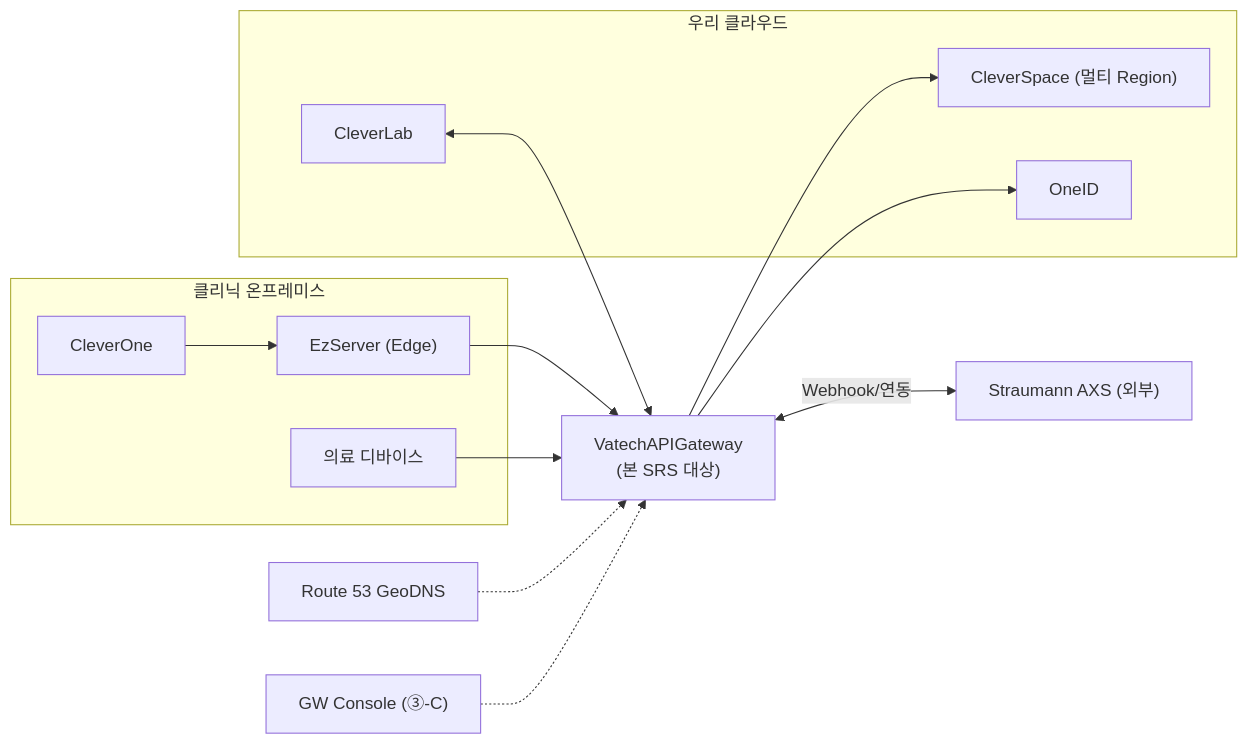
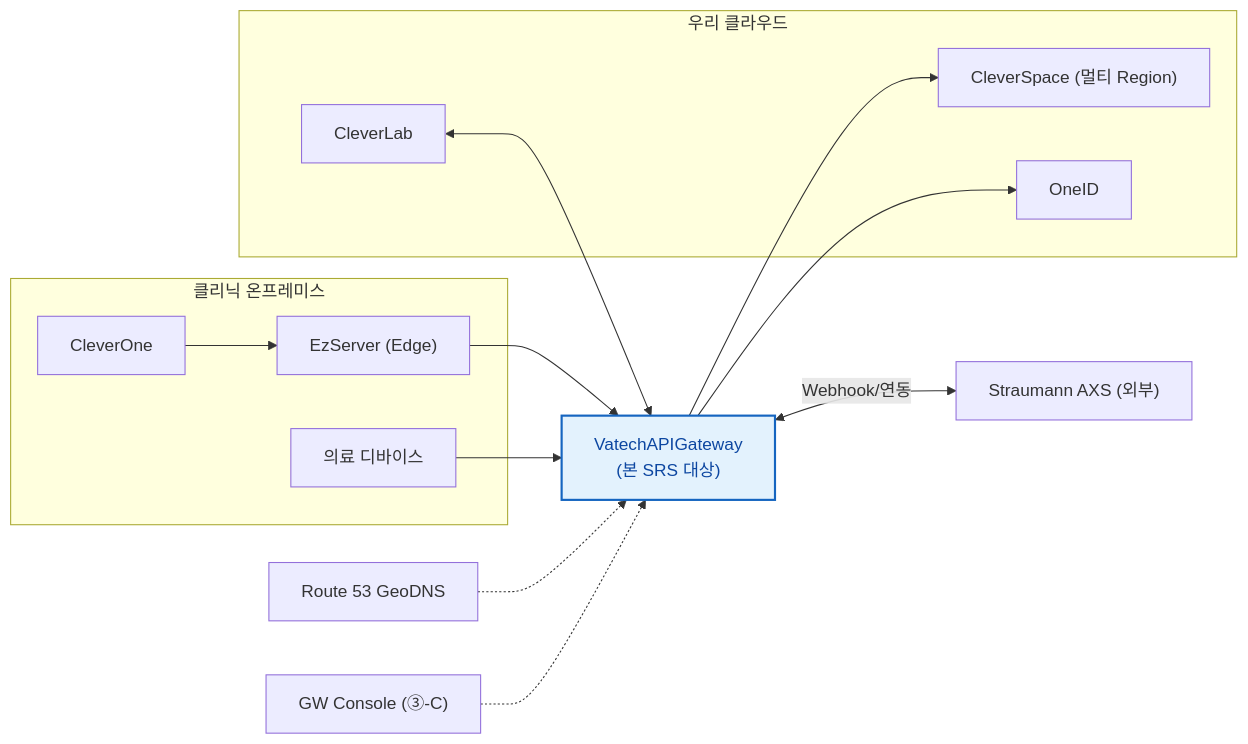
The first of 2 diagrams in docs/08.VT_API_Gateway/specs/03-srs-gateway/SRS.md (gracegyu/scp-architecture), drawn with Mermaid before and after one commit. The commit also changed other lines of this file and 3 other files, not shown here.

````diff
--- a/docs/08.VT_API_Gateway/specs/03-srs-gateway/SRS.md
+++ b/docs/08.VT_API_Gateway/specs/03-srs-gateway/SRS.md
@@ -128,26 +128,29 @@
 ```mermaid
 flowchart LR
     subgraph CLINIC["클리닉 온프레미스"]
         CO["CleverOne"]
         EZ["EzServer (Edge)"]
         DEV["의료 디바이스"]
     end
     GW["VatechAPIGateway<br/>(본 SRS 대상)"]
     subgraph CLOUD["우리 클라우드"]
         CS["CleverSpace (멀티 Region)"]
         CLAB["CleverLab"]
         OID["OneID"]
     end
     AXS["Straumann AXS (외부)"]
     R53["Route 53 GeoDNS"]
     CONSOLE["GW Console (③-C)"]
 
     CO --> EZ --> GW
     DEV --> GW
     GW --> CS
     GW --> OID
     GW <-->|Webhook/연동| AXS
     CLAB <--> GW
     R53 -.-> GW
     CONSOLE -.-> GW
+
+    classDef srsTarget fill:#e3f2fd,stroke:#1565c0,stroke-width:2px,color:#0d47a1
+    class GW srsTarget
 ```
````
